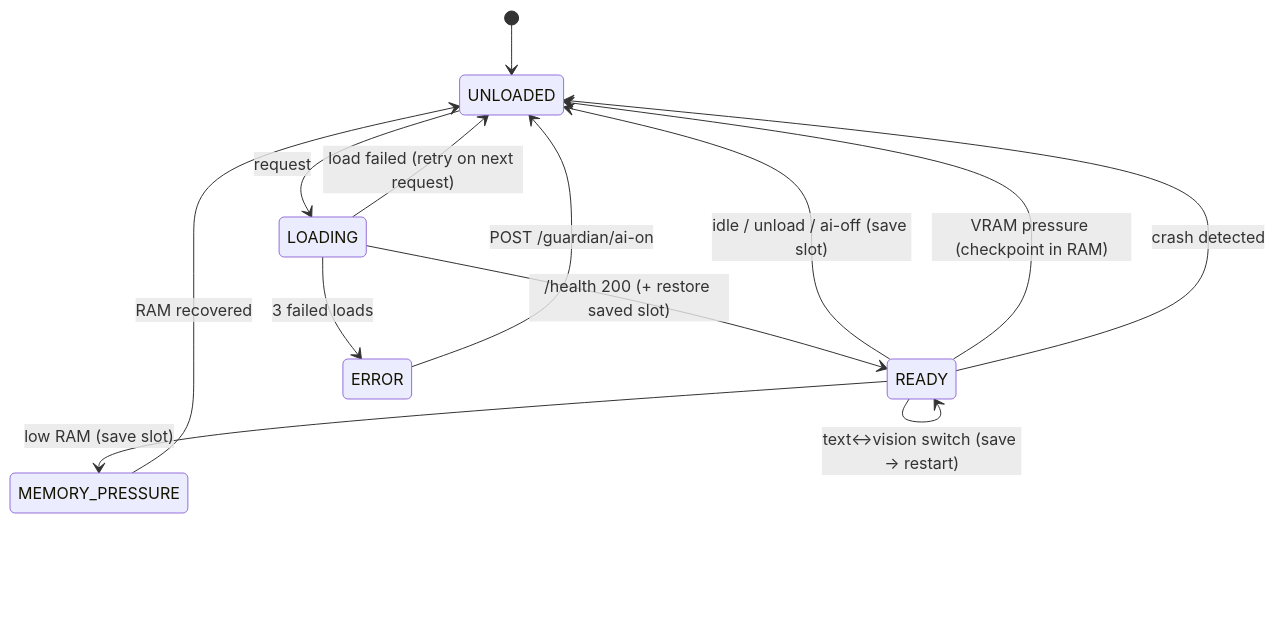
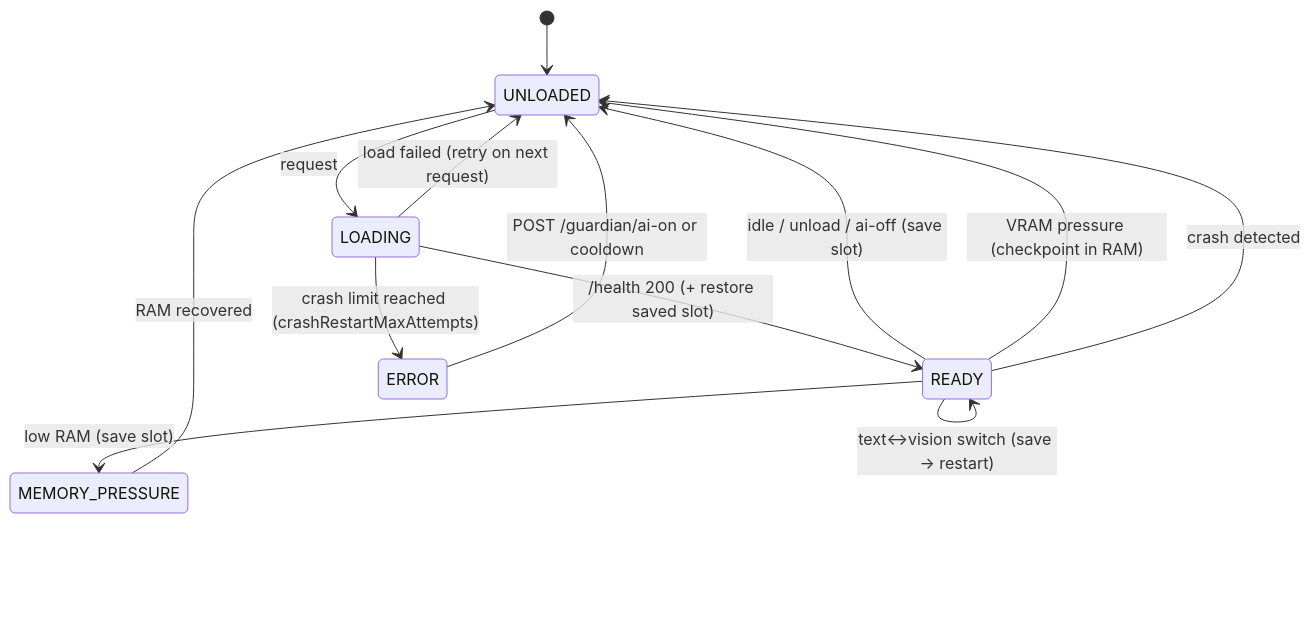
Before and after one commit to hikkian/shura: the diagram in docs/ARCHITECTURE.md, drawn with Mermaid. The commit also changed other lines of this file and 598 other files, not shown here.

````diff
--- a/docs/ARCHITECTURE.md
+++ b/docs/ARCHITECTURE.md
@@ -48,15 +89,15 @@
 ```mermaid
 stateDiagram-v2
     [*] --> UNLOADED
     UNLOADED --> LOADING: request
     LOADING --> READY: /health 200 (+ restore saved slot)
     LOADING --> UNLOADED: load failed (retry on next request)
-    LOADING --> ERROR: 3 failed loads
+    LOADING --> ERROR: crash limit reached (crashRestartMaxAttempts)
     READY --> READY: text↔vision switch (save → restart)
     READY --> UNLOADED: idle / unload / ai-off (save slot)
     READY --> MEMORY_PRESSURE: low RAM (save slot)
     MEMORY_PRESSURE --> UNLOADED: RAM recovered
     READY --> UNLOADED: VRAM pressure (checkpoint in RAM)
     READY --> UNLOADED: crash detected
-    ERROR --> UNLOADED: POST /guardian/ai-on
+    ERROR --> UNLOADED: POST /guardian/ai-on or cooldown
 ```
````
